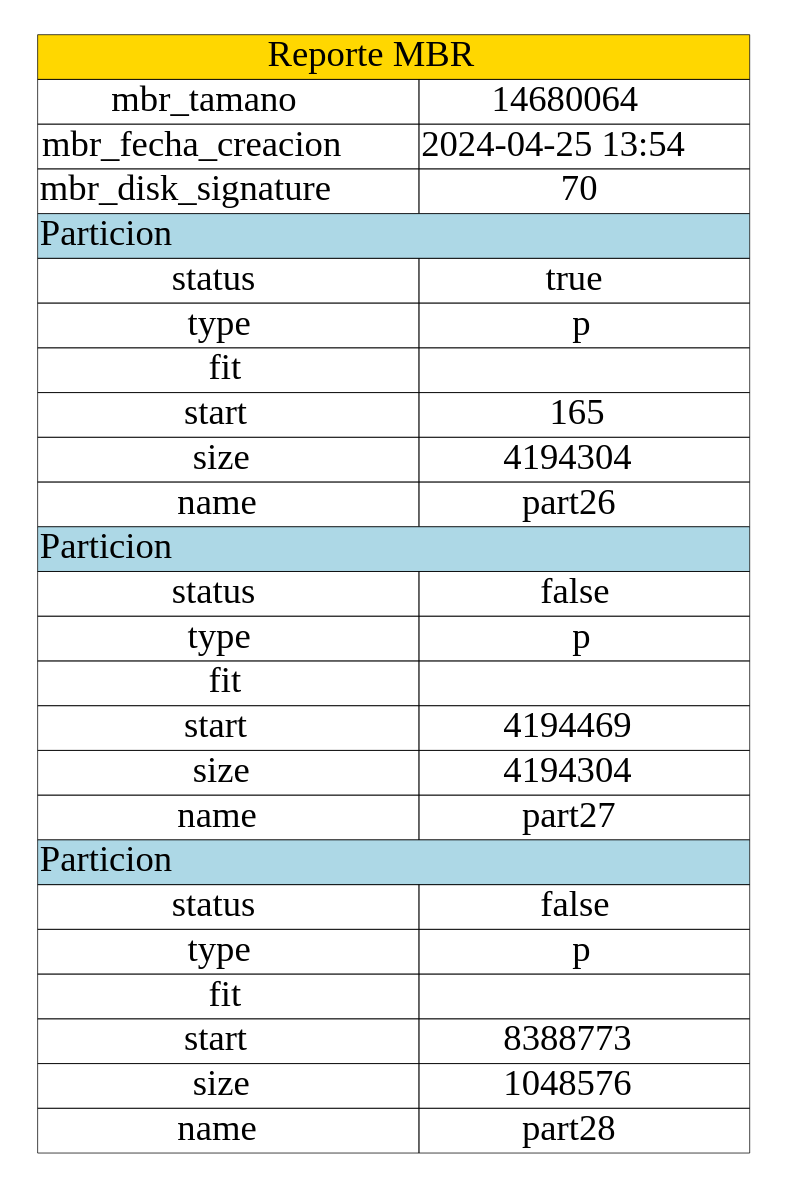
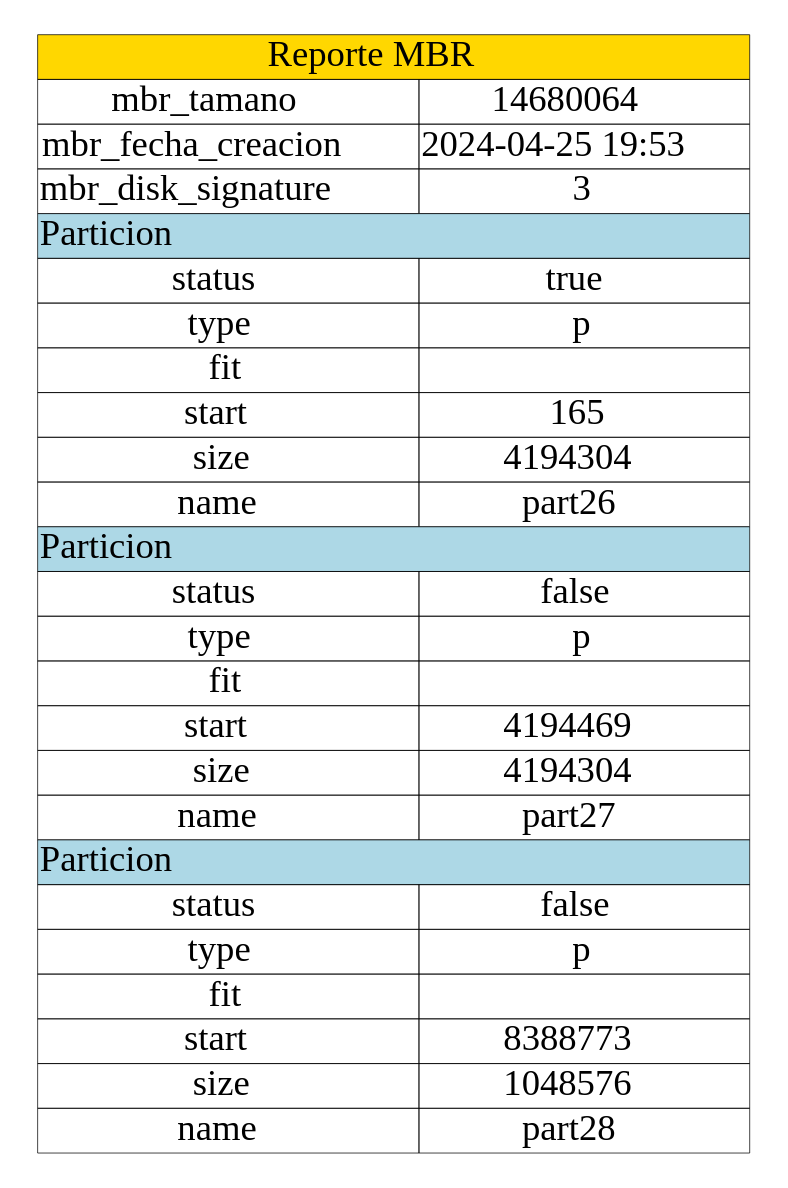
Before and after one commit to LuisReal/MIA_P2_201313965: the diagram in Backend/mbr.dot, drawn with Graphviz. The commit also changed 13 other files, not shown here.

```diff
--- a/Backend/mbr.dot
+++ b/Backend/mbr.dot
@@ -1,21 +1,21 @@
 digraph H {
 			labelloc="t";
 			label="Disco C";
 			fontsize="50"
 			graph [pad="0.5", nodesep="0.5", ranksep="1"];
 			node [shape=plaintext]
 			rankdir=LR;label=<
-				<table  border="0" cellborder="1" cellspacing="0"><tr><td colspan="3" style="filled" bgcolor="#FFD700"  port='1'>Reporte MBR</td></tr><tr><td>mbr_tamano</td><td port='2'>14680064</td></tr><tr><td>mbr_fecha_creacion</td><td port='3'>2024-04-25 13:54</td></tr><tr><td>mbr_disk_signature </td><td port='4'>70</td></tr>
+				<table  border="0" cellborder="1" cellspacing="0"><tr><td colspan="3" style="filled" bgcolor="#FFD700"  port='1'>Reporte MBR</td></tr><tr><td>mbr_tamano</td><td port='2'>14680064</td></tr><tr><td>mbr_fecha_creacion</td><td port='3'>2024-04-25 19:53</td></tr><tr><td>mbr_disk_signature </td><td port='4'>3</td></tr>
 
 				<tr><td colspan="3" align="left" style="filled" bgcolor="lightblue" port='5'>Particion</td></tr><tr><td>status</td><td port='6'>true</td></tr><tr><td>type</td><td port='7'>p</td></tr><tr><td>fit</td><td port='8'></td></tr><tr><td>start</td><td port='9'>165</td></tr><tr><td>size</td><td port='10'>4194304</td></tr>
 
 				<tr><td>name</td><td port='11'>part26</td></tr>
 
 				<tr><td colspan="3" align="left" style="filled" bgcolor="lightblue" port='12'>Particion</td></tr><tr><td>status</td><td port='13'>false</td></tr><tr><td>type</td><td port='14'>p</td></tr><tr><td>fit</td><td port='15'></td></tr><tr><td>start</td><td port='16'>4194469</td></tr><tr><td>size</td><td port='17'>4194304</td></tr>
 
 				<tr><td>name</td><td port='18'>part27</td></tr>
 
 				<tr><td colspan="3" align="left" style="filled" bgcolor="lightblue" port='19'>Particion</td></tr><tr><td>status</td><td port='20'>false</td></tr><tr><td>type</td><td port='21'>p</td></tr><tr><td>fit</td><td port='22'></td></tr><tr><td>start</td><td port='23'>8388773</td></tr><tr><td>size</td><td port='24'>1048576</td></tr>
 
 				<tr><td>name</td><td port='25'>part28</td></tr></table>
 				>}
```
